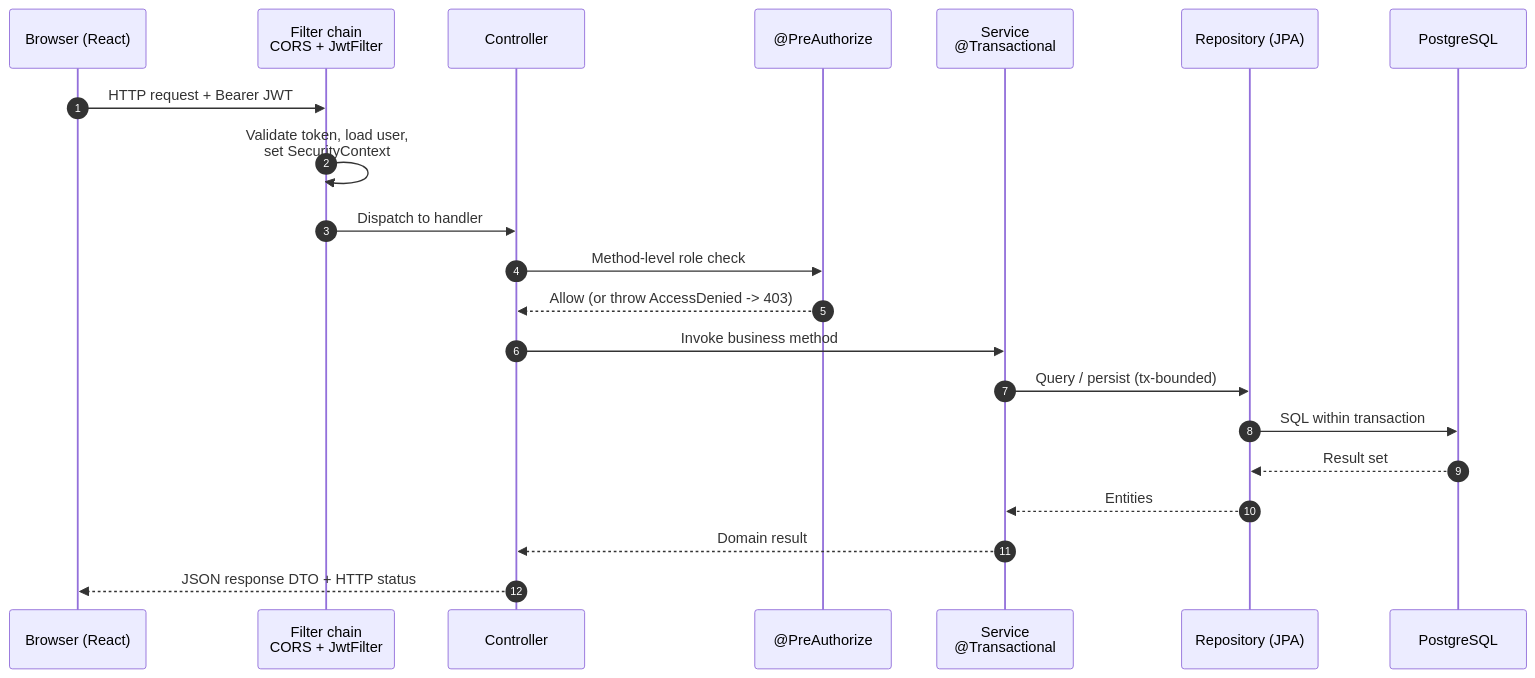
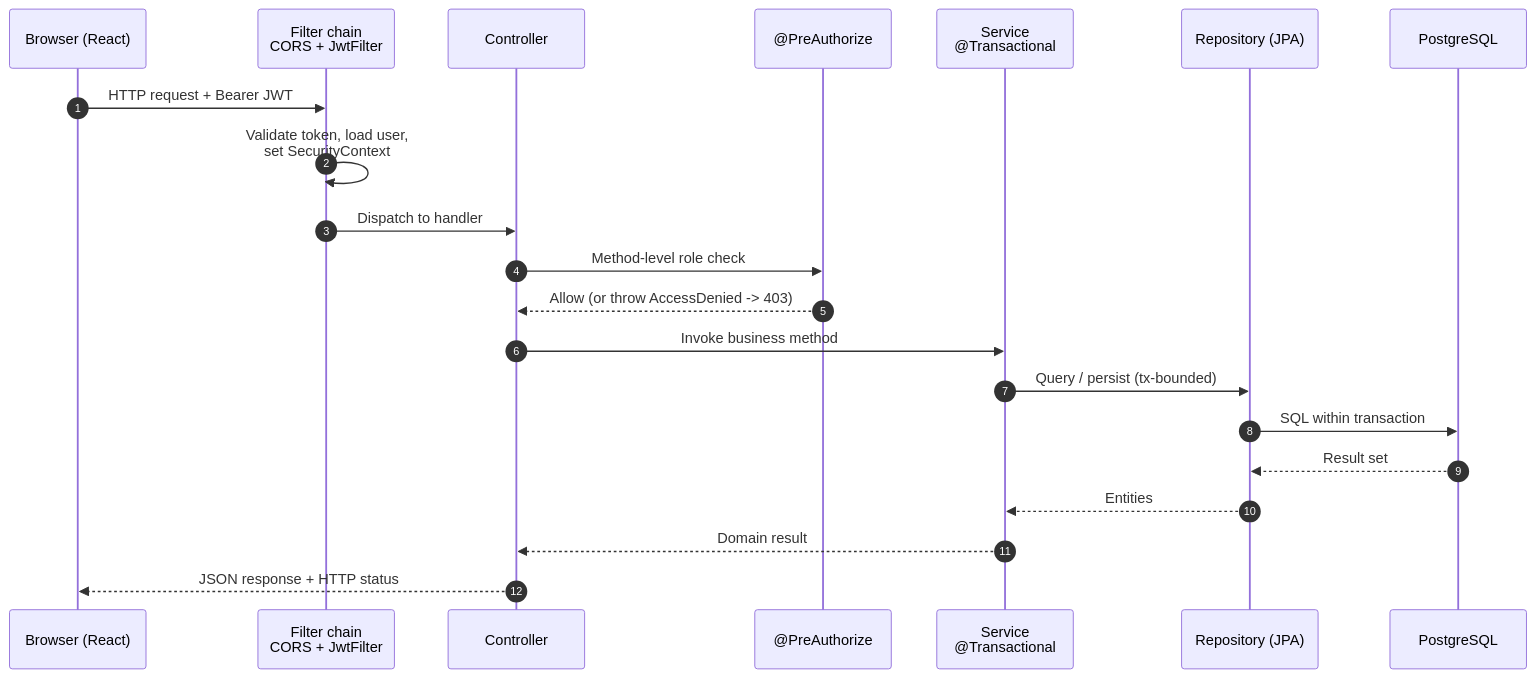
The second of 8 diagrams in README.md (surya-prabhav-gurram/stockbase), drawn with Mermaid before and after one commit. The commit also changed other lines of this file, not shown here.

Commit message:
Rewrite architecture section with accurate diagrams

````diff
--- a/README.md
+++ b/README.md
@@ -192,24 +193,24 @@
 ```mermaid
 sequenceDiagram
     autonumber
     participant B as Browser (React)
     participant F as Filter chain<br/>CORS + JwtFilter
     participant C as Controller
     participant P as @PreAuthorize
     participant S as Service<br/>@Transactional
     participant R as Repository (JPA)
     participant DB as PostgreSQL
 
     B->>F: HTTP request + Bearer JWT
     F->>F: Validate token, load user,<br/>set SecurityContext
     F->>C: Dispatch to handler
     C->>P: Method-level role check
     P-->>C: Allow (or throw AccessDenied -> 403)
     C->>S: Invoke business method
     S->>R: Query / persist (tx-bounded)
     R->>DB: SQL within transaction
     DB-->>R: Result set
     R-->>S: Entities
     S-->>C: Domain result
-    C-->>B: JSON response DTO + HTTP status
+    C-->>B: JSON response + HTTP status
 ```
````
